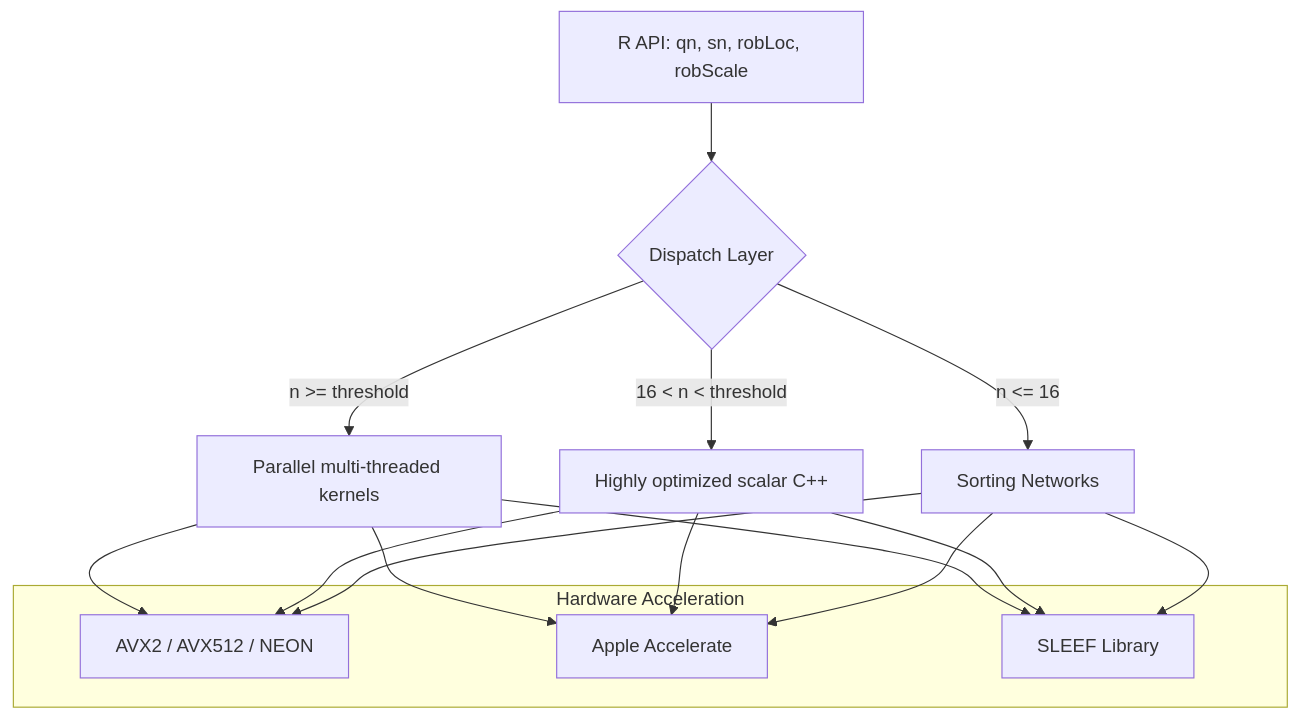
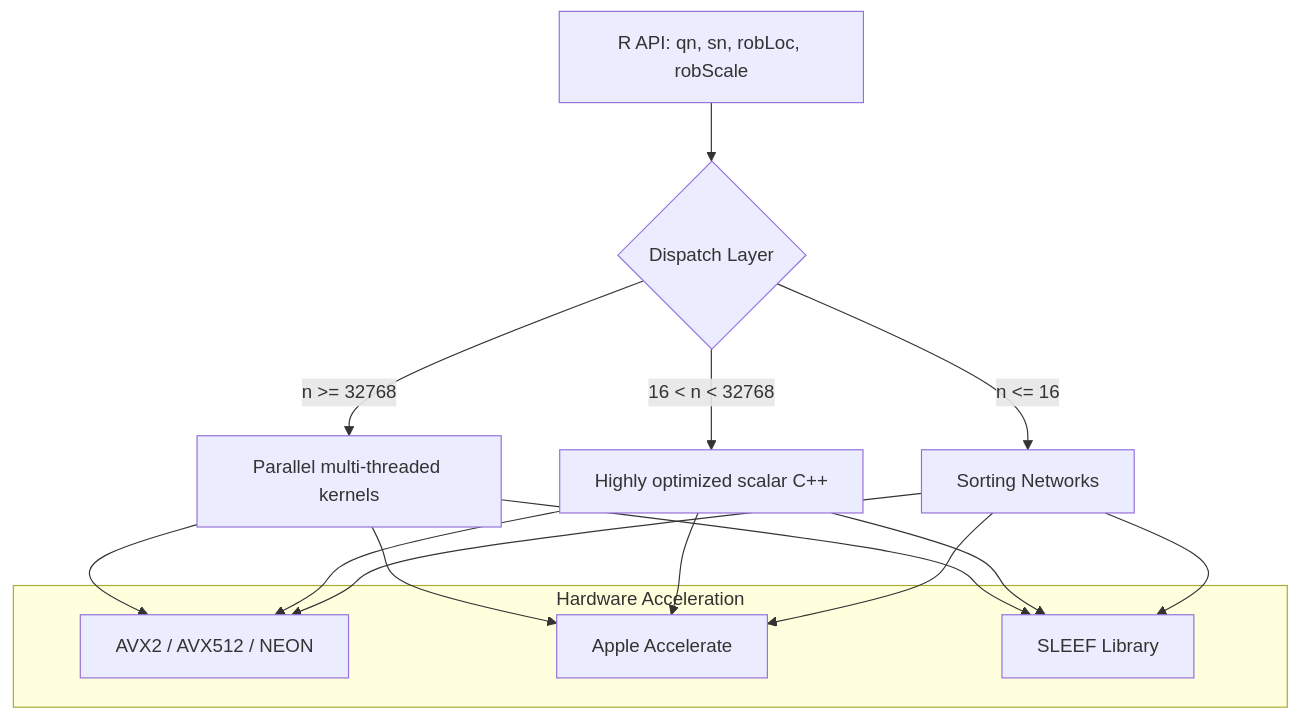
One commit to davdittrich/robscale changed the third of 3 diagrams in README.md. Above: the diagram before and after it, drawn with Mermaid. The commit also changed other lines of this file and 1 other file, not shown here.

````diff
--- a/README.md
+++ b/README.md
@@ -470,13 +471,13 @@
 ``` mermaid
 graph TD
     A[R API: qn, sn, robLoc, robScale] --> B{Dispatch Layer}
     B -- "n <= 16" --> C[Sorting Networks]
-    B -- "16 < n < threshold" --> D[Highly optimized scalar C++]
-    B -- "n >= threshold" --> E[Parallel multi-threaded kernels]
+    B -- "16 < n < 32768" --> D[Highly optimized scalar C++]
+    B -- "n >= 32768" --> E[Parallel multi-threaded kernels]
     subgraph "Hardware Acceleration"
         G[AVX2 / AVX512 / NEON]
         H[Apple Accelerate]
         I[SLEEF Library]
     end
     E & D & C --> G & H & I
 ```
````
